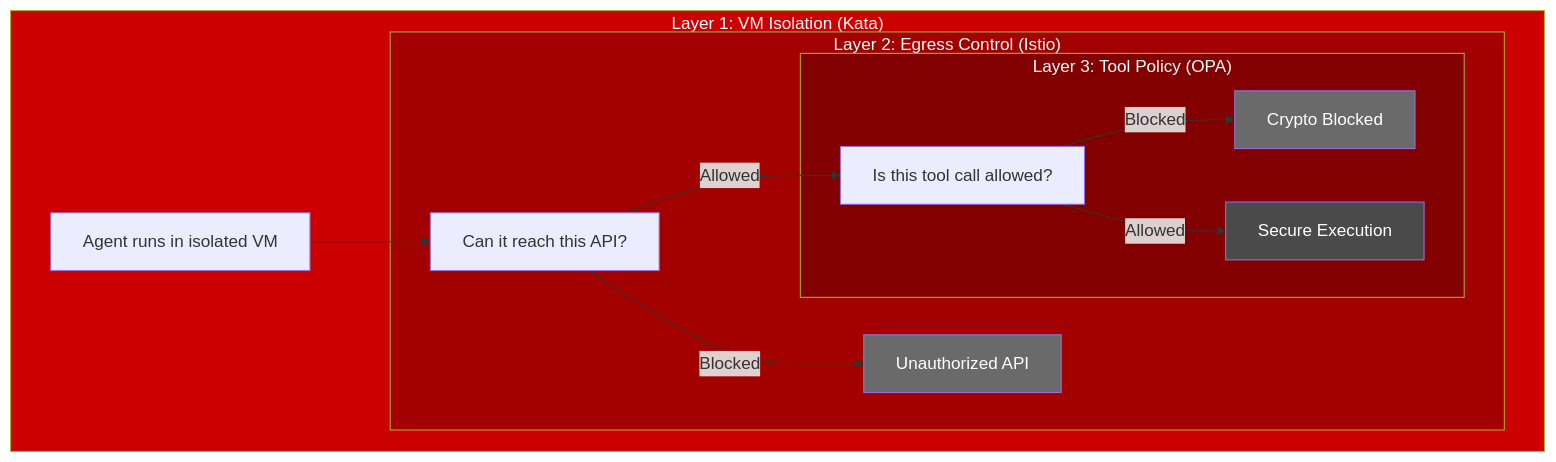
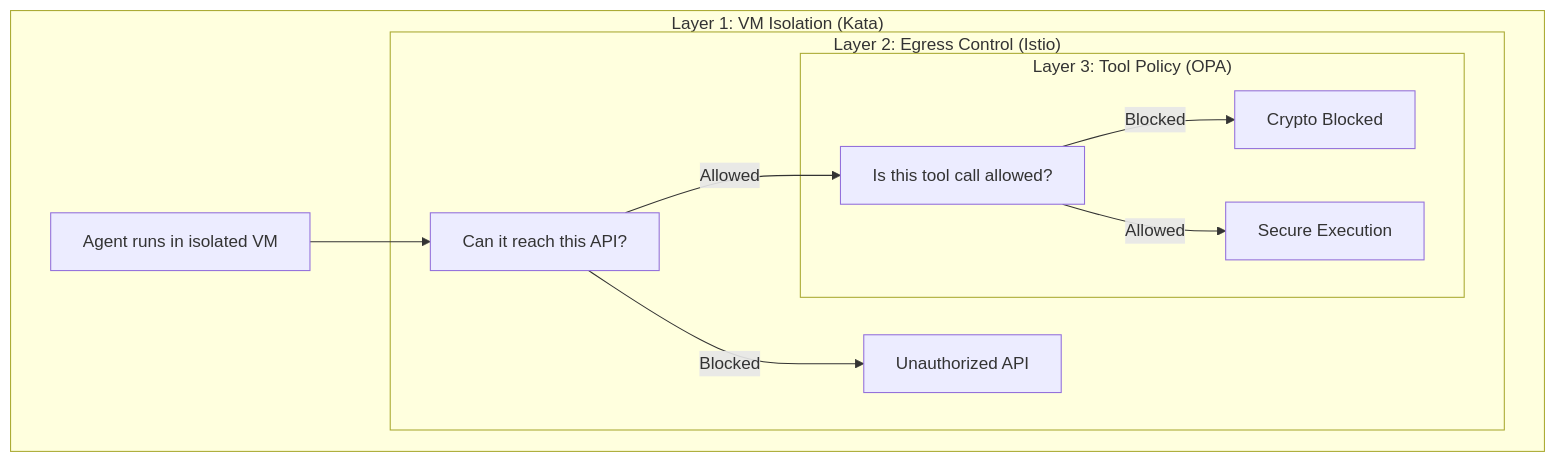
Before and after one commit to rrbanda/agent-sandbox-ocp: the first of 2 diagrams in docs/guides/demo-walkthrough.md, drawn with Mermaid. The commit also changed other lines of this file and 118 other files, not shown here.

````diff
--- a/docs/guides/demo-walkthrough.md
+++ b/docs/guides/demo-walkthrough.md
@@ -21,26 +21,19 @@
 ```mermaid
 flowchart TD
     subgraph L1["Layer 1: VM Isolation (Kata)"]
         A["Agent runs in isolated VM"]
         A --> B
         
         subgraph L2["Layer 2: Egress Control (Istio)"]
             B["Can it reach this API?"]
             B -->|Blocked| X2[" Unauthorized API"]
             B -->|Allowed| C
             
             subgraph L3["Layer 3: Tool Policy (OPA)"]
                 C["Is this tool call allowed?"]
                 C -->|Blocked| X3[" Crypto Blocked"]
                 C -->|Allowed| D[" Secure Execution"]
             end
         end
     end
-    
-    style L1 fill:#CC0000,color:#FFFFFF
-    style L2 fill:#A30000,color:#FFFFFF
-    style L3 fill:#820000,color:#FFFFFF
-    style X2 fill:#6A6A6A,color:#FFFFFF
-    style X3 fill:#6A6A6A,color:#FFFFFF
-    style D fill:#4A4A4A,color:#FFFFFF
 ```
````
